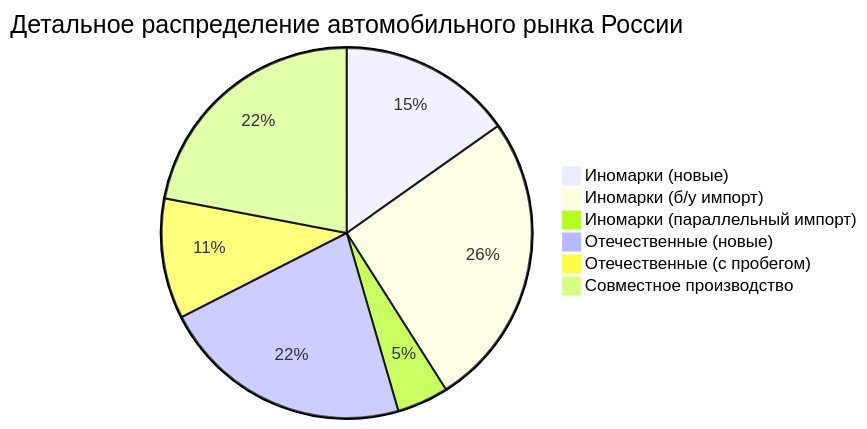
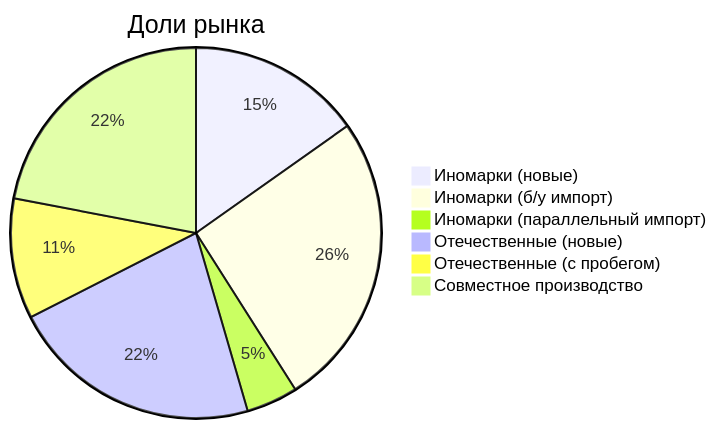
Diagram 11 of 11 in README.md (topichic/Tasks), drawn with Mermaid before and after one commit.

````diff
--- a/README.md
+++ b/README.md
@@ -349,9 +349,9 @@
 ```mermaid
-pie title Детальное распределение автомобильного рынка России
+pie title Доли рынка
     "Иномарки (новые)" : 15.2
     "Иномарки (б/у импорт)" : 25.8
     "Иномарки (параллельный импорт)" : 4.5
     "Отечественные (новые)" : 22.0
     "Отечественные (с пробегом)" : 10.5
     "Совместное производство" : 22.0
 ```
````
